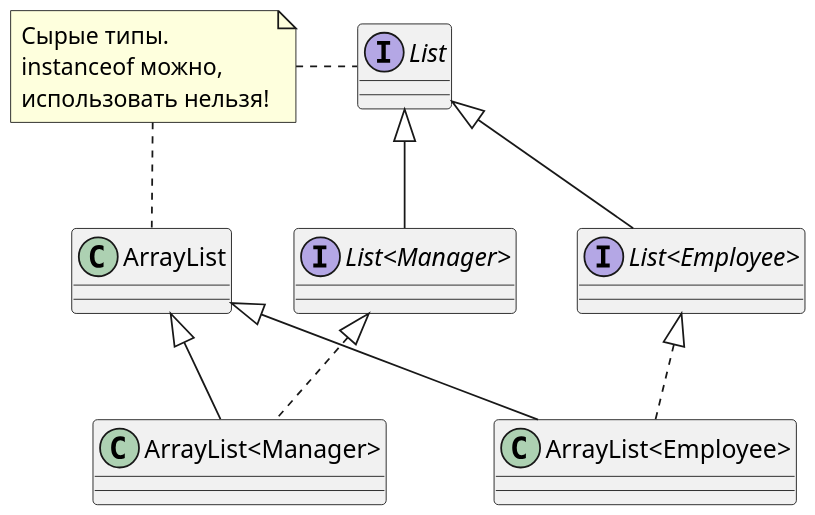
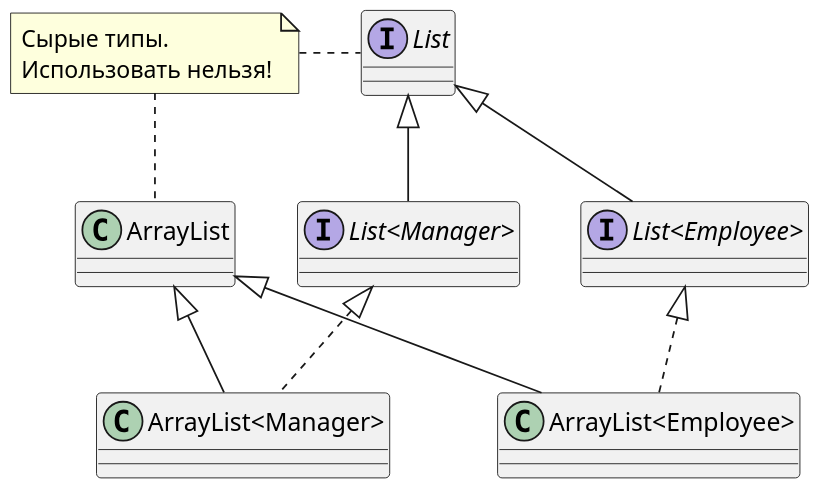
Before and after one commit to inponomarev/java-mipt: the sixth of 9 diagrams in slides06/src/main/asciidoc/lecture.adoc, drawn with PlantUML. The commit also changed other lines of this file, not shown here.

```diff
--- a/slides06/src/main/asciidoc/lecture.adoc
+++ b/slides06/src/main/asciidoc/lecture.adoc
@@ -748,37 +750,37 @@
 [plantuml, realpicture, png]
 ----
 @startuml
 
 skinparam dpi 170 
 
 class "ArrayList<Employee>"{
 }
 
 class "ArrayList<Manager>"{ 
 }
 
 class "ArrayList" {
 }
 
 interface "List<Employee>"{
 }
 
 interface "List<Manager>"{ 
 }
 
 interface "List"{
 }
 
-note "Сырые типы.\ninstanceof можно,\nиспользовать нельзя!" as Note
+note "Сырые типы.\nИспользовать нельзя!" as Note
 
 "List<Employee>" <|.. "ArrayList<Employee>"  
 "List<Manager>" <|.. "ArrayList<Manager>"  
 "ArrayList" <|-- "ArrayList<Employee>"  
 "ArrayList" <|-- "ArrayList<Manager>"  
 "List" <|-- "List<Employee>"
 "List" <|-- "List<Manager>"
 
 Note."List"
 Note.."ArrayList"
 @enduml
 ----
```
